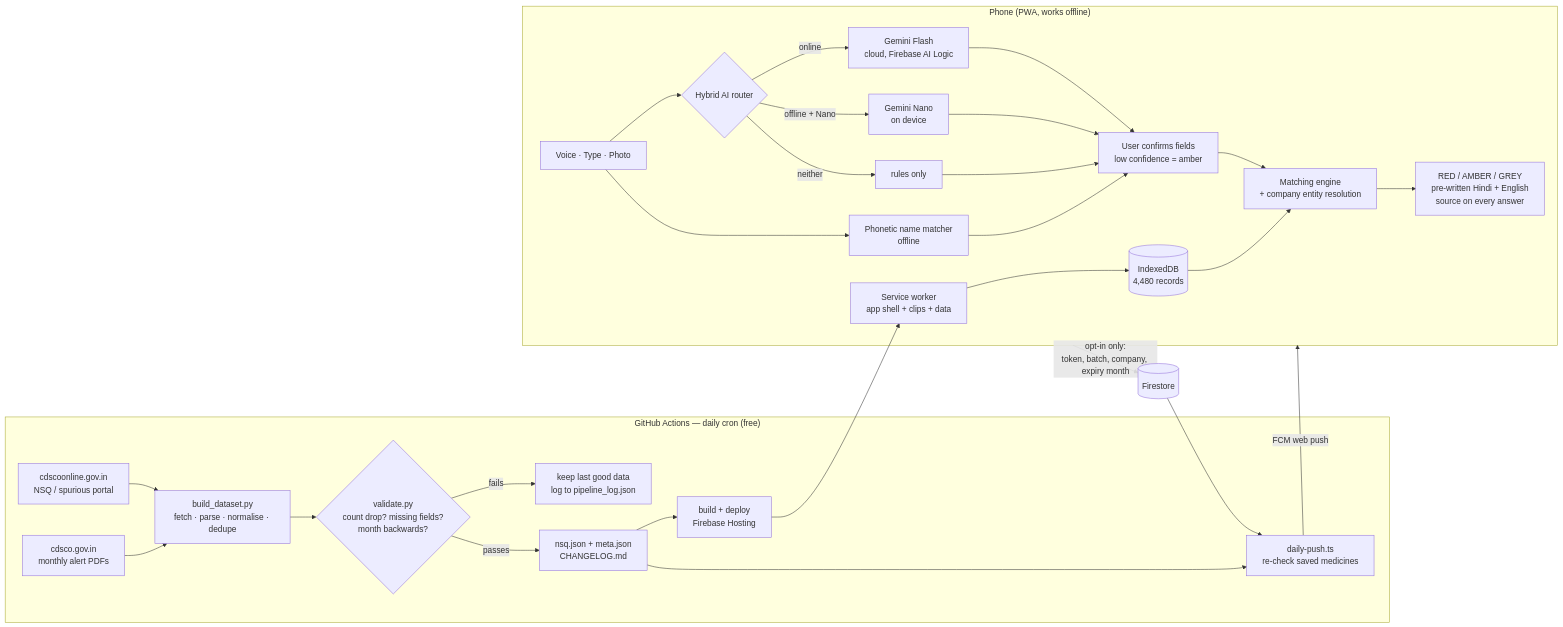
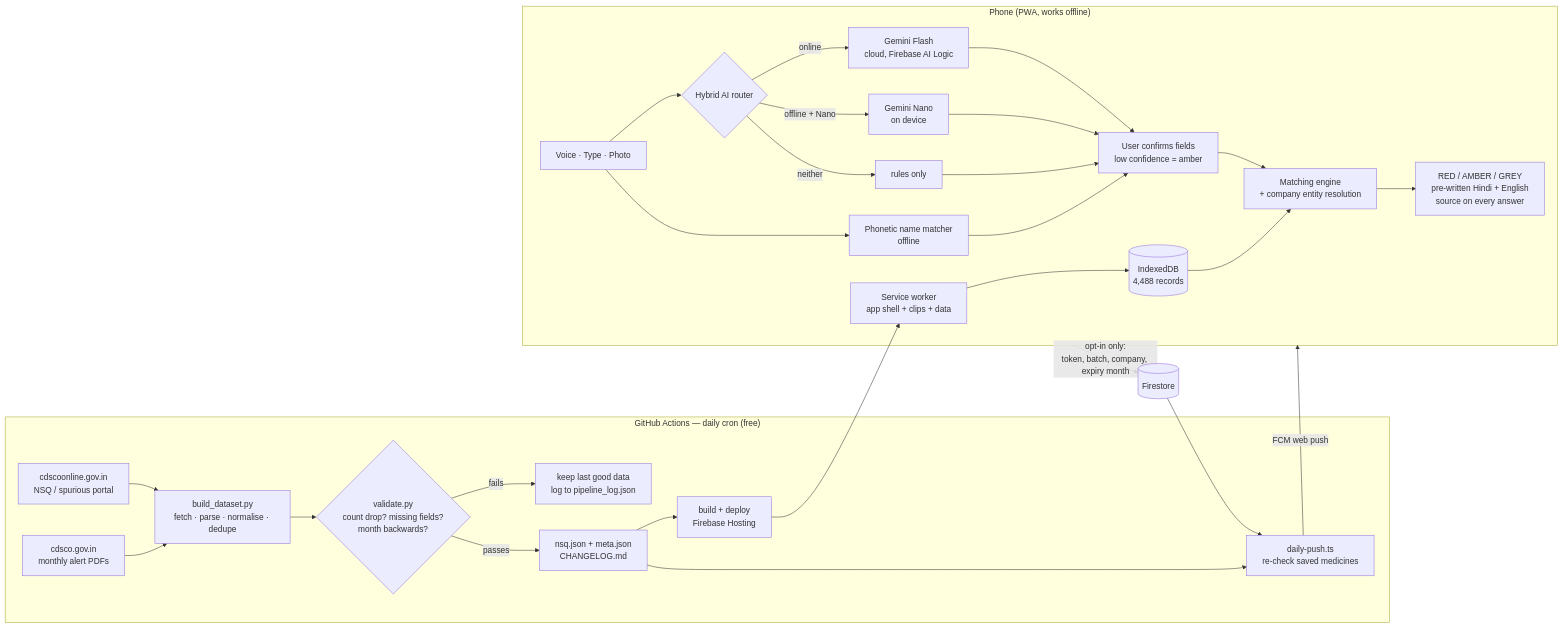
One commit to micneeraj/dawashield changed the first of 2 diagrams in docs/ARCHITECTURE.md. Above: the diagram before and after it, drawn with Mermaid. The commit also changed other lines of this file and 22 other files, not shown here.

````diff
--- a/docs/ARCHITECTURE.md
+++ b/docs/ARCHITECTURE.md
@@ -7,30 +7,30 @@
 ```mermaid
 flowchart LR
   subgraph Daily["GitHub Actions — daily cron (free)"]
     A1[cdscoonline.gov.in<br/>NSQ / spurious portal] --> P[build_dataset.py<br/>fetch · parse · normalise · dedupe]
     A2[cdsco.gov.in<br/>monthly alert PDFs] --> P
     P --> V{validate.py<br/>count drop? missing fields?<br/>month backwards?}
     V -- fails --> K[keep last good data<br/>log to pipeline_log.json]
     V -- passes --> W[nsq.json + meta.json<br/>CHANGELOG.md]
     W --> D[build + deploy<br/>Firebase Hosting]
     W --> R[daily-push.ts<br/>re-check saved medicines]
   end
 
   subgraph Phone["Phone (PWA, works offline)"]
-    SW[Service worker<br/>app shell + clips + data] --> IDB[(IndexedDB<br/>4,480 records)]
+    SW[Service worker<br/>app shell + clips + data] --> IDB[(IndexedDB<br/>4,488 records)]
     IN[Voice · Type · Photo] --> ROUTER{Hybrid AI router}
     ROUTER -- online --> FLASH[Gemini Flash<br/>cloud, Firebase AI Logic]
     ROUTER -- offline + Nano --> NANO[Gemini Nano<br/>on device]
     ROUTER -- neither --> RULES[rules only]
     IN --> PHON[Phonetic name matcher<br/>offline]
     FLASH & NANO & RULES & PHON --> CONFIRM[User confirms fields<br/>low confidence = amber]
     CONFIRM --> ENGINE[Matching engine<br/>+ company entity resolution]
     IDB --> ENGINE
     ENGINE --> RES[RED / AMBER / GREY<br/>pre-written Hindi + English<br/>source on every answer]
   end
 
   D --> SW
   R -- FCM web push --> Phone
   Phone -- opt-in only:<br/>token, batch, company, expiry month --> FS[(Firestore)]
   FS --> R
 ```
````
